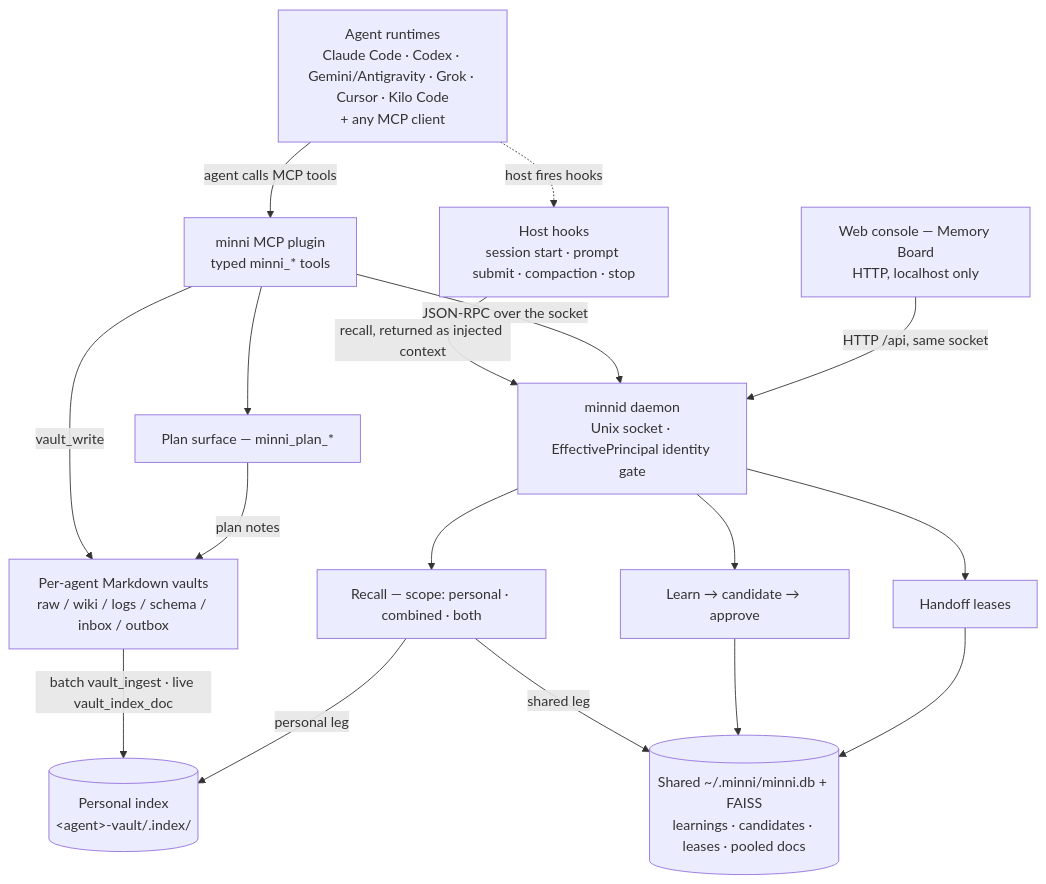
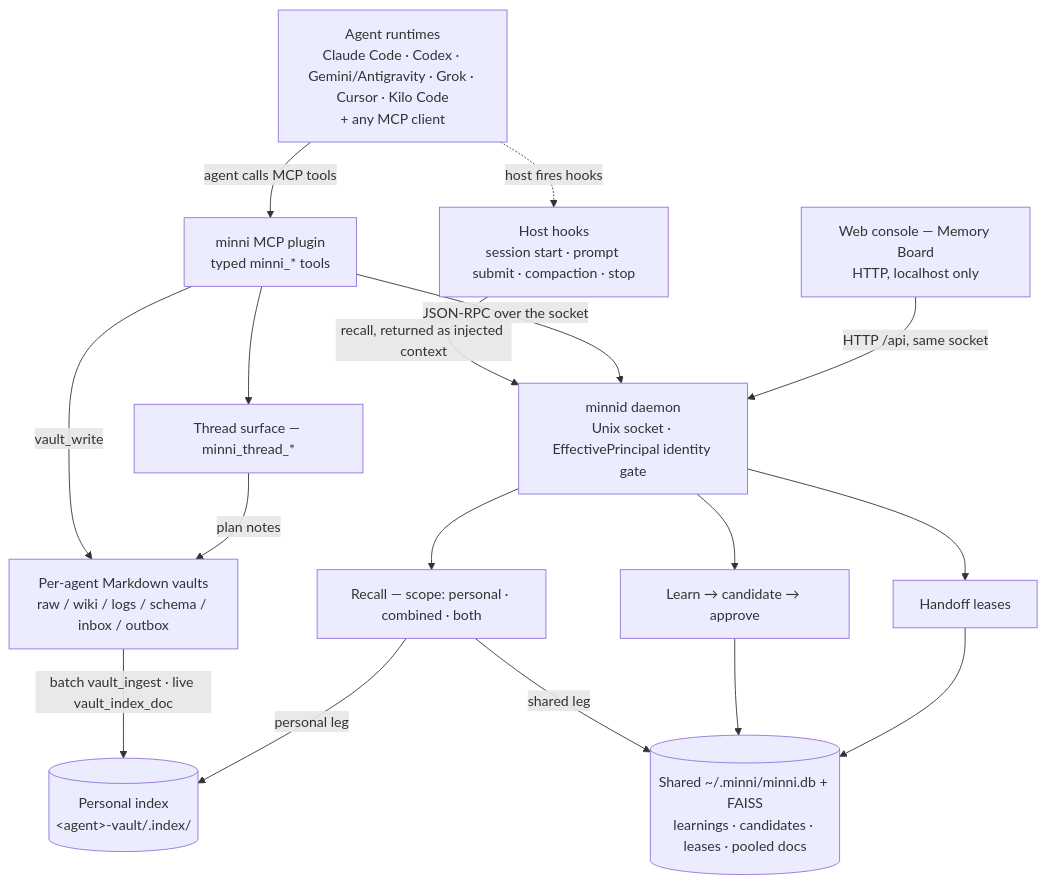
Before and after one commit to infektyd/minni: the diagram in README.md, drawn with Mermaid. The commit also changed 1 other file, not shown here.

Commit message:
docs: update redesigned diagrams to the minni_thread_* names
The README/architecture redesign (#211) landed while this branch was in
review and its diagrams were drawn against the pre-rename tool names.

````diff
--- a/README.md
+++ b/README.md
@@ -125,39 +125,39 @@
 ```mermaid
 %% Budget: 18 nodes / 16 edges. Dashed = host-fired; solid = someone calls.
-%% Tool names re-verified 2026-08-01: the plan surface ships as minni_plan_*.
-%% A rename to a threads_* prefix is proposed but unmerged — re-check next audit.
+%% Tool names re-verified 2026-08-01: the thread surface ships as minni_thread_*;
+%% the pre-rename minni_plan_* names remain as deprecated aliases until the release after next.
 flowchart TD
     Agents["Agent runtimes<br/>Claude Code · Codex · Gemini/Antigravity · Grok · Cursor · Kilo Code<br/>+ any MCP client"]
     Hooks["Host hooks<br/>session start · prompt submit · compaction · stop"]
     Plugin["minni MCP plugin<br/>typed minni_* tools"]
     Console["Web console — Memory Board<br/>HTTP, localhost only"]
     Daemon["minnid daemon<br/>Unix socket · EffectivePrincipal identity gate"]
 
     Retrieval["Recall — scope: personal · combined · both"]
     Governance["Learn → candidate → approve"]
     Handoff["Handoff leases"]
-    Plans["Plan surface — minni_plan_*"]
+    Plans["Thread surface — minni_thread_*"]
     Vaults["Per-agent Markdown vaults<br/>raw / wiki / logs / schema / inbox / outbox"]
     Personal[("Personal index<br/>&lt;agent&gt;-vault/.index/")]
     Shared[("Shared ~/.minni/minni.db + FAISS<br/>learnings · candidates · leases · pooled docs")]
 
     Agents -.->|host fires hooks| Hooks
     Agents -->|agent calls MCP tools| Plugin
     Hooks -->|recall, returned as injected context| Daemon
     Plugin -->|JSON-RPC over the socket| Daemon
     Console -->|HTTP /api, same socket| Daemon
 
     Daemon --> Retrieval
     Daemon --> Governance
     Daemon --> Handoff
 
     Plugin --> Plans
     Plugin -->|vault_write| Vaults
     Plans -->|plan notes| Vaults
     Vaults -->|batch vault_ingest · live vault_index_doc| Personal
 
     Retrieval -->|personal leg| Personal
     Retrieval -->|shared leg| Shared
     Governance --> Shared
     Handoff --> Shared
 ```
````
